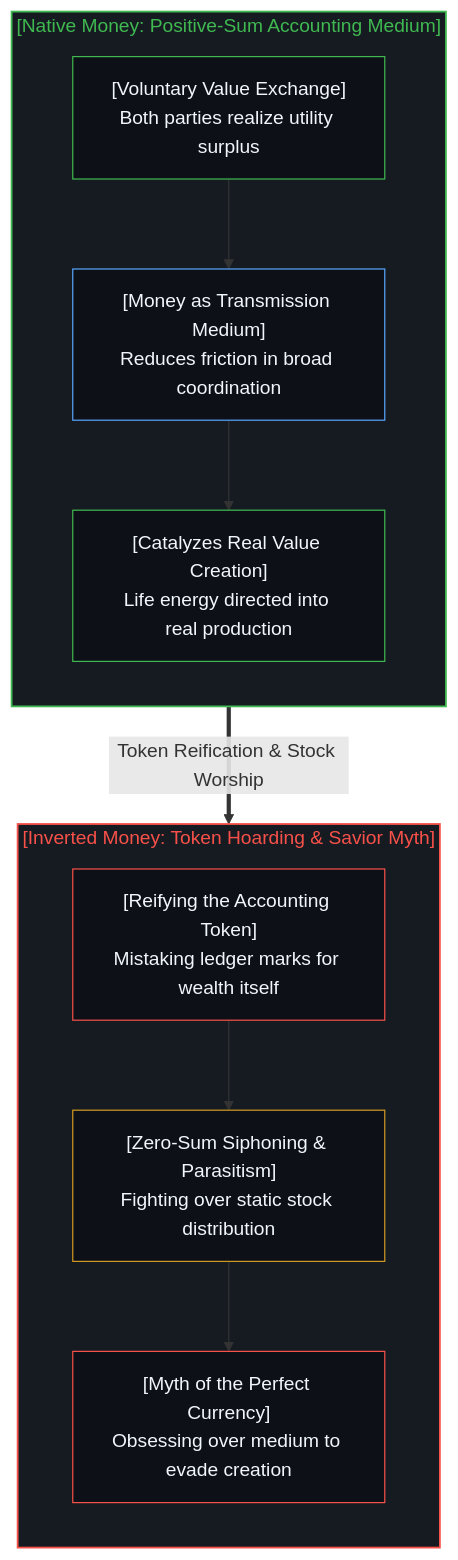
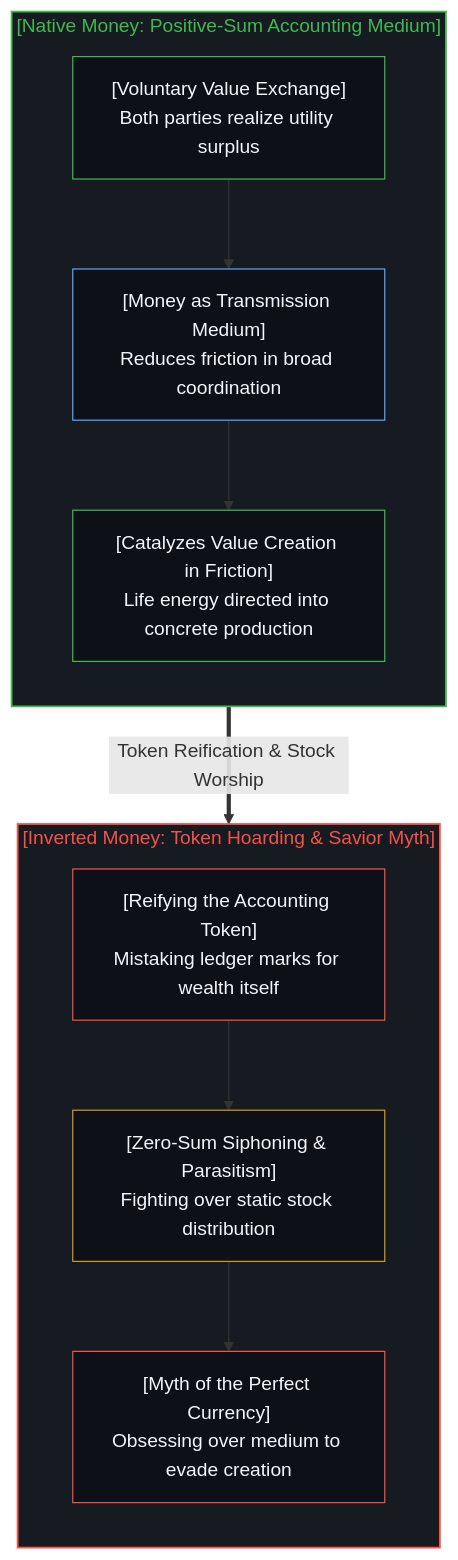
Before and after one commit to powerpig99/not-a-toe: the tenth of 16 diagrams in content/posts/the-dissolution-of-the-great-reversal.md, drawn with Mermaid. The commit also changed other lines of this file and 2 other files, not shown here.

Commit message:
Consolidate Deep Sleep Batch 13: refine a-creation-cannot-replace-its-source, data-is-local-intelligence-is-allocated, and the-dissolution-of-the-great-reversal

````diff
--- a/content/posts/the-dissolution-of-the-great-reversal.md
+++ b/content/posts/the-dissolution-of-the-great-reversal.md
@@ -356,28 +356,28 @@
 ```mermaid
 flowchart TD
     subgraph S_NativeTrade["[Native Money: Positive-Sum Accounting Medium]"]
         direction TB
         SubjectiveTrade["[Voluntary Value Exchange]<br/>Both parties realize utility surplus"]
         AccountingMedium["[Money as Transmission Medium]<br/>Reduces friction in broad coordination"]
-        RealWealthExpansion["[Catalyzes Real Value Creation]<br/>Life energy directed into real production"]
+        RealWealthExpansion["[Catalyzes Value Creation in Friction]<br/>Life energy directed into concrete production"]
         SubjectiveTrade --> AccountingMedium
         AccountingMedium --> RealWealthExpansion
     end
     S_NativeTrade ==>|"Token Reification & Stock Worship"| S_InvertedMoney
     subgraph S_InvertedMoney["[Inverted Money: Token Hoarding & Savior Myth]"]
         direction TB
         TokenHoarding["[Reifying the Accounting Token]<br/>Mistaking ledger marks for wealth itself"]
         ZeroSumSiphon["[Zero-Sum Siphoning & Parasitism]<br/>Fighting over static stock distribution"]
         PerfectTokenMyth["[Myth of the Perfect Currency]<br/>Obsessing over medium to evade creation"]
         TokenHoarding --> ZeroSumSiphon
         ZeroSumSiphon --> PerfectTokenMyth
     end
     style S_NativeTrade fill:#161b22,stroke:#3fb950,stroke-width:1.5px,color:#3fb950
     style S_InvertedMoney fill:#161b22,stroke:#f85149,stroke-width:1.5px,color:#f85149
     style SubjectiveTrade fill:#0d1117,stroke:#3fb950,stroke-width:1px,color:#f0f6fc
     style AccountingMedium fill:#0d1117,stroke:#58a6ff,stroke-width:1px,color:#f0f6fc
     style RealWealthExpansion fill:#0d1117,stroke:#3fb950,stroke-width:1px,color:#f0f6fc
     style TokenHoarding fill:#0d1117,stroke:#f85149,stroke-width:1px,color:#f0f6fc
     style ZeroSumSiphon fill:#0d1117,stroke:#d29922,stroke-width:1px,color:#f0f6fc
     style PerfectTokenMyth fill:#0d1117,stroke:#f85149,stroke-width:1px,color:#f0f6fc
 ```
````
